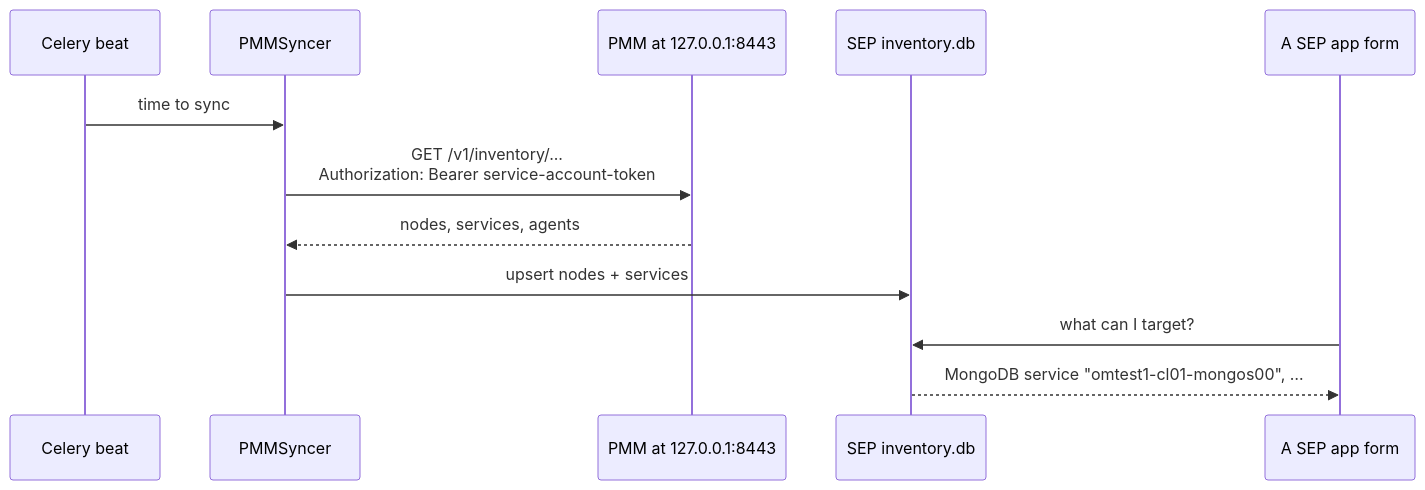
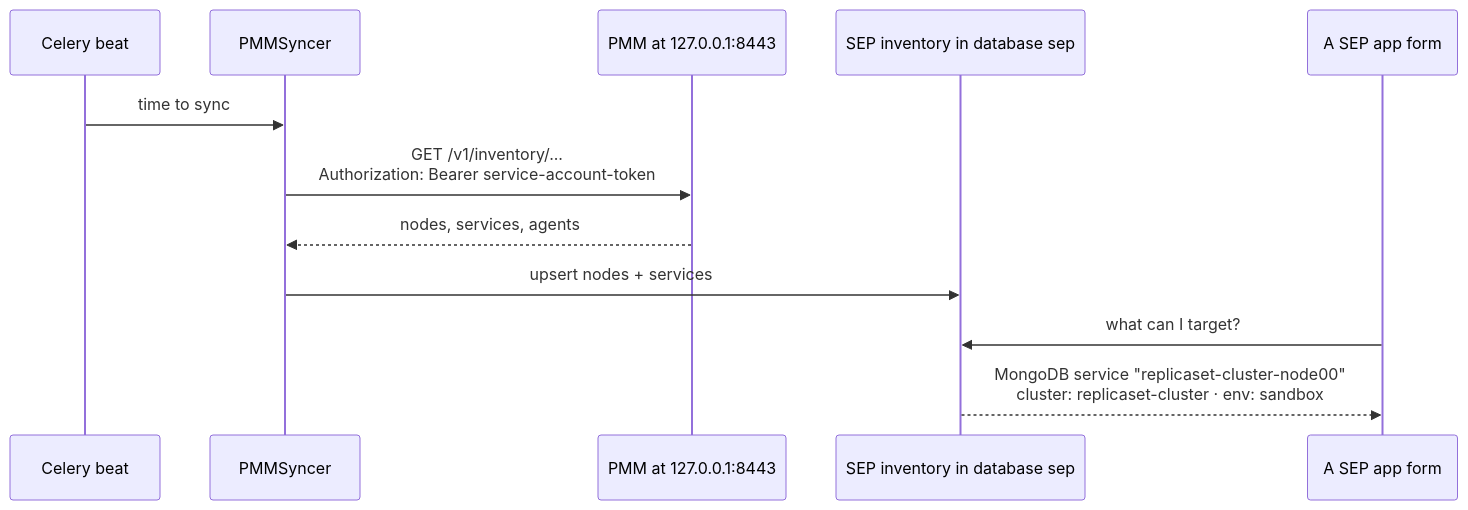
The eighth of 11 diagrams in docs/topology.md (Percona-Lab/pom-workspace), drawn with Mermaid before and after one commit. The commit also changed other lines of this file and 5 other files, not shown here.

````diff
--- a/docs/topology.md
+++ b/docs/topology.md
@@ -367,15 +610,15 @@
 ```mermaid
 sequenceDiagram
     participant C as Celery beat
     participant S as PMMSyncer
     participant P as PMM at 127.0.0.1:8443
-    participant DB as SEP inventory.db
+    participant DB as SEP inventory in database sep
     participant F as A SEP app form
 
     C->>S: time to sync
     S->>P: GET /v1/inventory/...<br/>Authorization: Bearer service-account-token
     P-->>S: nodes, services, agents
     S->>DB: upsert nodes + services
     F->>DB: what can I target?
-    DB-->>F: MongoDB service "omtest1-cl01-mongos00", …
+    DB-->>F: MongoDB service "replicaset-cluster-node00"<br/>cluster: replicaset-cluster · env: sandbox
 ```
````
